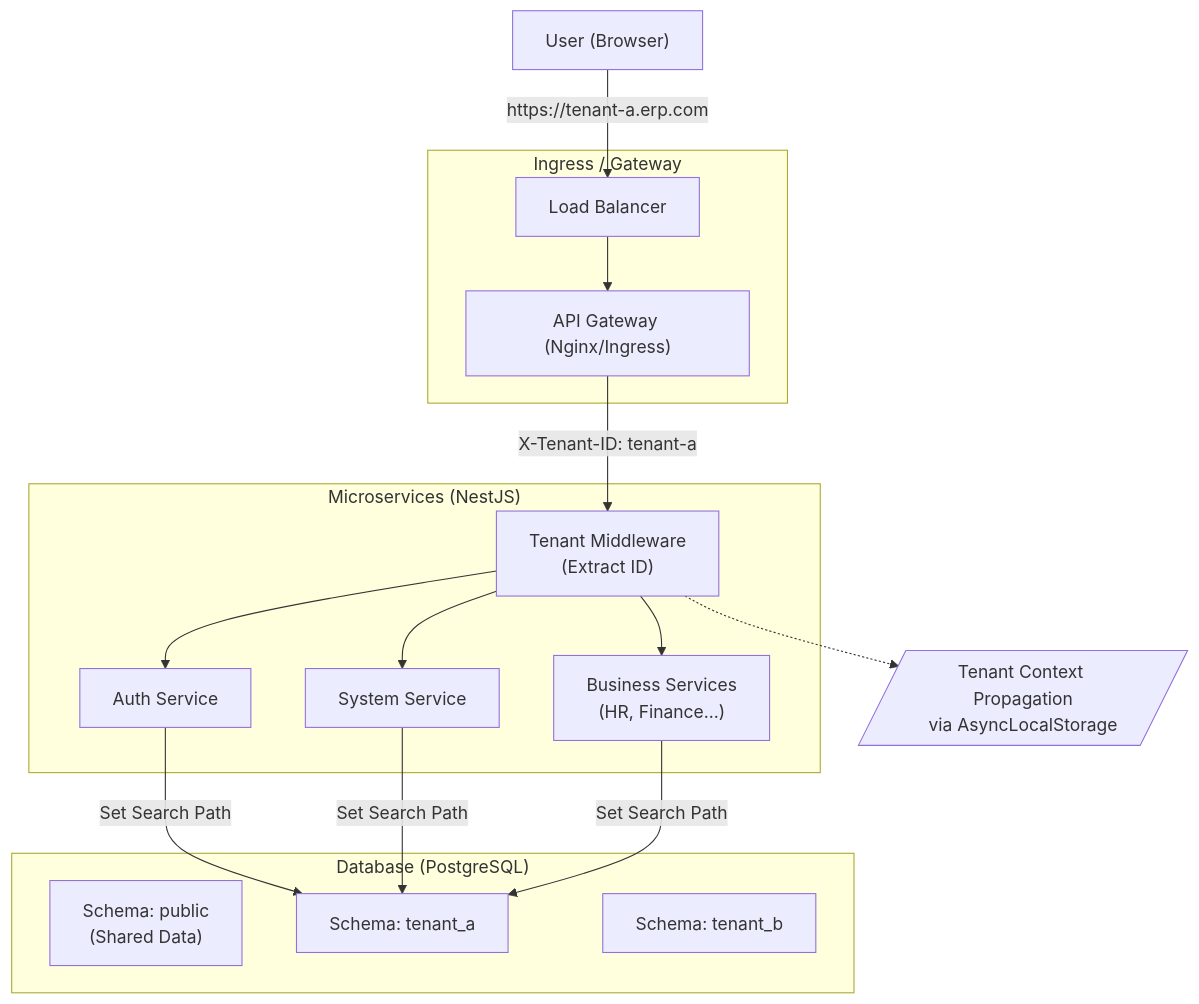
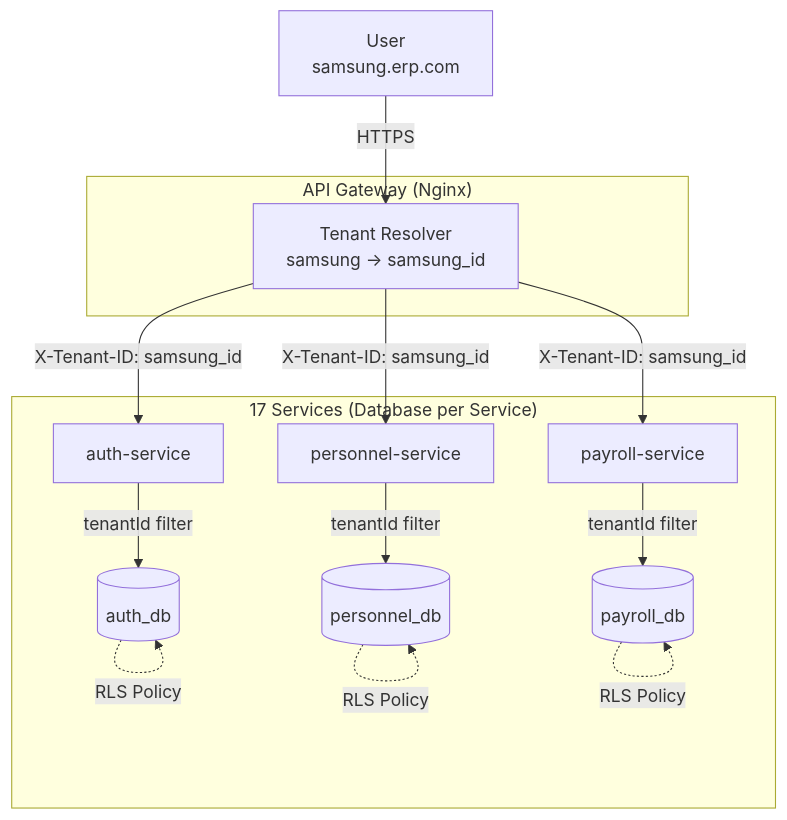
Before and after one commit to s99606931/all-erp: the diagram in docs/architecture/multitenancy.md, drawn with Mermaid. The commit also changed other lines of this file and 153 other files, not shown here.

````diff
--- a/docs/architecture/multitenancy.md
+++ b/docs/architecture/multitenancy.md
@@ -20,38 +23,31 @@
 ```mermaid
 flowchart TB
-    ClientUser["User (Browser)"]
+    User["User<br/>samsung.erp.com"]
     
-    subgraph Ingress["Ingress / Gateway"]
-        LB["Load Balancer"]
-        Gateway["API Gateway (Nginx/Ingress)"]
+    subgraph Gateway["API Gateway (Nginx)"]
+        GW[Tenant Resolver<br/>samsung → samsung_id]
     end
     
-    subgraph Services["Microservices (NestJS)"]
-        Auth["Auth Service"]
-        System["System Service"]
-        Biz["Business Services<br/>(HR, Finance...)"]
+    subgraph Services["17 Services (Database per Service)"]
+        Auth[auth-service]
+        Personnel[personnel-service]
+        Payroll[payroll-service]
         
-        Middleware["Tenant Middleware<br/>(Extract ID)"]
+        AuthDB[(auth_db)]
+        PersonnelDB[(personnel_db)]
+        PayrollDB[(payroll_db)]
+        
+        Auth -->|tenantId filter| AuthDB
+        Personnel -->|tenantId filter| PersonnelDB
+        Payroll -->|tenantId filter| PayrollDB
     end
     
-    subgraph Data["Database (PostgreSQL)"]
-        Public["Schema: public<br/>(Shared Data)"]
-        TenantA["Schema: tenant_a"]
-        TenantB["Schema: tenant_b"]
-    end
-
-    ClientUser -->|https://tenant-a.erp.com| LB
-    LB --> Gateway
-    Gateway -->|X-Tenant-ID: tenant-a| Middleware
+    User -->|HTTPS| GW
+    GW -->|X-Tenant-ID: samsung_id| Auth
+    GW -->|X-Tenant-ID: samsung_id| Personnel
+    GW -->|X-Tenant-ID: samsung_id| Payroll
     
-    Middleware --> Auth
-    Middleware --> System
-    Middleware --> Biz
-    
-    Auth -->|Set Search Path| TenantA
-    System -->|Set Search Path| TenantA
-    Biz -->|Set Search Path| TenantA
-    
-    note[/"Tenant Context Propagation<br/>via AsyncLocalStorage"/]
-    Middleware -.-> note
+    AuthDB -.->|RLS Policy| AuthDB
+    PersonnelDB -.->|RLS Policy| PersonnelDB
+    PayrollDB -.->|RLS Policy| PayrollDB
 ```
````
